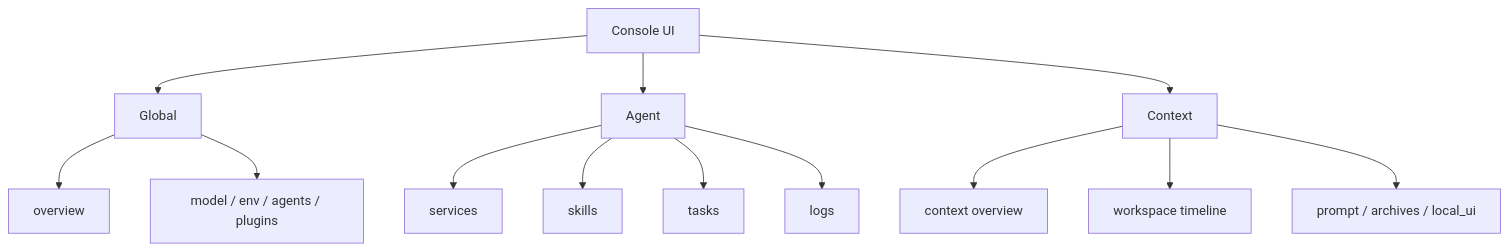
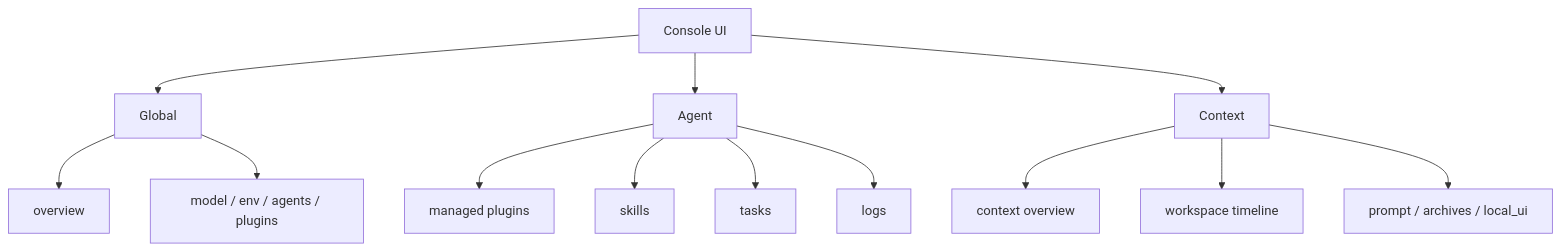
Before and after one commit to wangenius/downcity: the first of 2 diagrams in homepage/content/devdocs/en/console-ui/dataflow-and-ia.mdx, drawn with Mermaid. The commit also changed 433 other files, not shown here.

Commit message:
refactor(agent,city): unify plugin-session architecture

````diff
--- a/homepage/content/devdocs/en/console-ui/dataflow-and-ia.mdx
+++ b/homepage/content/devdocs/en/console-ui/dataflow-and-ia.mdx
@@ -18,18 +18,18 @@
 ```mermaid
 flowchart TD
   ROOT["Console UI"] --> G["Global"]
   ROOT --> A["Agent"]
   ROOT --> C["Context"]
 
   G --> G1["overview"]
   G --> G2["model / env / agents / plugins"]
 
-  A --> A1["services"]
+  A --> A1["managed plugins"]
   A --> A2["skills"]
   A --> A3["tasks"]
   A --> A4["logs"]
 
   C --> C1["context overview"]
   C --> C2["workspace timeline"]
   C --> C3["prompt / archives / local_ui"]
 ```
````
